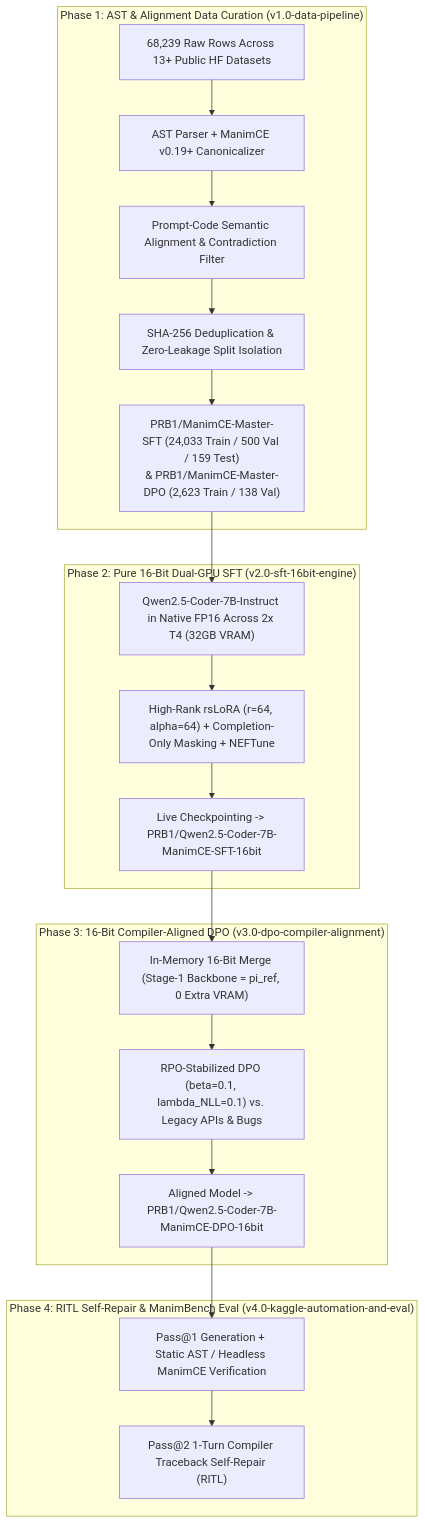
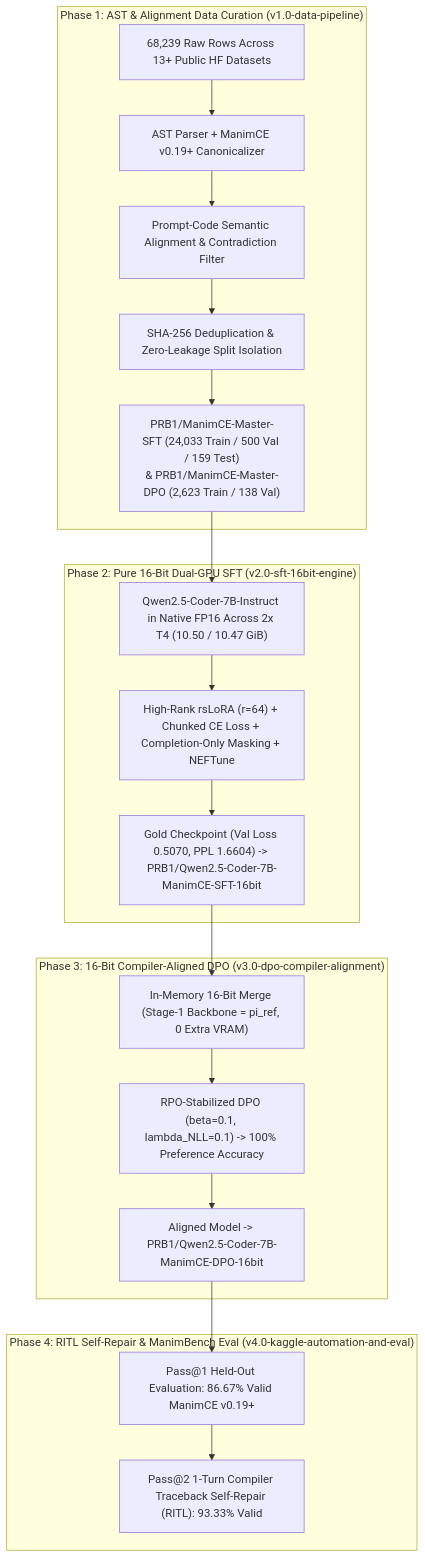
One commit to PriyadharsanBalajiEros/FinetuningExps changed the diagram in README.md. Above: the diagram before and after it, drawn with Mermaid. The commit also changed other lines of this file and 3 other files, not shown here.

Commit message:
Publish final Stage-1 SFT (PPL 1.66), Stage-2 DPO (100% Pref Acc) & Stage-3 ManimBench Eval (86.67% Pass@1 / 93.33% Pass@2) results

````diff
--- a/README.md
+++ b/README.md
@@ -28,26 +42,26 @@
 ```mermaid
 flowchart TD
     subgraph P1["Phase 1: AST & Alignment Data Curation (v1.0-data-pipeline)"]
         D1["68,239 Raw Rows Across 13+ Public HF Datasets"] --> D2["AST Parser + ManimCE v0.19+ Canonicalizer"]
         D2 --> D3["Prompt-Code Semantic Alignment & Contradiction Filter"]
         D3 --> D4["SHA-256 Deduplication & Zero-Leakage Split Isolation"]
         D4 --> D5["PRB1/ManimCE-Master-SFT (24,033 Train / 500 Val / 159 Test)\n& PRB1/ManimCE-Master-DPO (2,623 Train / 138 Val)"]
     end
 
     subgraph P2["Phase 2: Pure 16-Bit Dual-GPU SFT (v2.0-sft-16bit-engine)"]
-        D5 --> S1["Qwen2.5-Coder-7B-Instruct in Native FP16 Across 2x T4 (32GB VRAM)"]
-        S1 --> S2["High-Rank rsLoRA (r=64, alpha=64) + Completion-Only Masking + NEFTune"]
-        S2 --> S3["Live Checkpointing -> PRB1/Qwen2.5-Coder-7B-ManimCE-SFT-16bit"]
+        D5 --> S1["Qwen2.5-Coder-7B-Instruct in Native FP16 Across 2x T4 (10.50 / 10.47 GiB)"]
+        S1 --> S2["High-Rank rsLoRA (r=64) + Chunked CE Loss + Completion-Only Masking + NEFTune"]
+        S2 --> S3["Gold Checkpoint (Val Loss 0.5070, PPL 1.6604) -> PRB1/Qwen2.5-Coder-7B-ManimCE-SFT-16bit"]
     end
 
     subgraph P3["Phase 3: 16-Bit Compiler-Aligned DPO (v3.0-dpo-compiler-alignment)"]
         S3 --> A1["In-Memory 16-Bit Merge (Stage-1 Backbone = pi_ref, 0 Extra VRAM)"]
-        A1 --> A2["RPO-Stabilized DPO (beta=0.1, lambda_NLL=0.1) vs. Legacy APIs & Bugs"]
+        A1 --> A2["RPO-Stabilized DPO (beta=0.1, lambda_NLL=0.1) -> 100% Preference Accuracy"]
         A2 --> A3["Aligned Model -> PRB1/Qwen2.5-Coder-7B-ManimCE-DPO-16bit"]
     end
 
     subgraph P4["Phase 4: RITL Self-Repair & ManimBench Eval (v4.0-kaggle-automation-and-eval)"]
-        A3 --> E1["Pass@1 Generation + Static AST / Headless ManimCE Verification"]
-        E1 --> E2["Pass@2 1-Turn Compiler Traceback Self-Repair (RITL)"]
+        A3 --> E1["Pass@1 Held-Out Evaluation: 86.67% Valid ManimCE v0.19+"]
+        E1 --> E2["Pass@2 1-Turn Compiler Traceback Self-Repair (RITL): 93.33% Valid"]
     end
 ```
````
